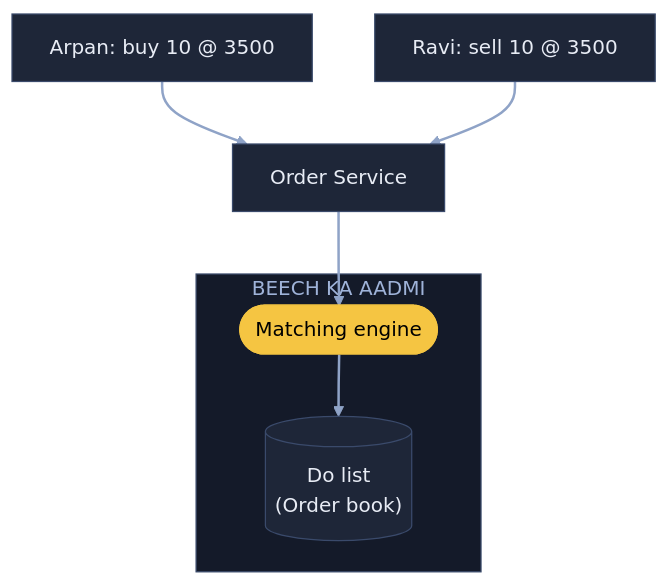
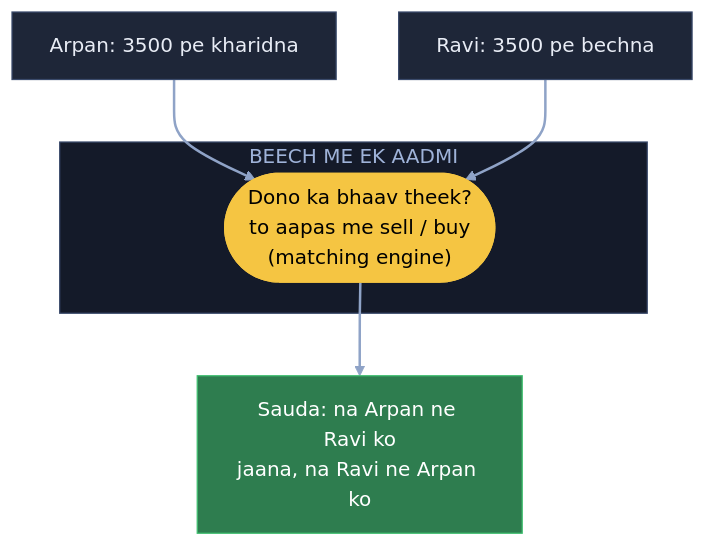
One commit to ArpanMaheshwari144/Prep changed the first of 9 diagrams in 04_HLD/SYSTEM_DESIGNS/05_stock_broker_trading/05_stock_broker_trading.md. Above: the diagram before and after it, drawn with Mermaid (base theme). The commit also changed other lines of this file, not shown here.

Commit message:
Stock: 9 diagram hand notes ke shabdon se; K8 'chhota ladka' aur K3 apni jodi line hatai

````diff
--- a/04_HLD/SYSTEM_DESIGNS/05_stock_broker_trading/05_stock_broker_trading.md
+++ b/04_HLD/SYSTEM_DESIGNS/05_stock_broker_trading/05_stock_broker_trading.md
@@ -35,20 +35,18 @@
 ```mermaid
 flowchart TB
-    A["Arpan: buy 10 @ 3500"]:::card
-    R["Ravi: sell 10 @ 3500"]:::card
-    O["Order Service"]:::card
-    subgraph BA["BEECH KA AADMI"]
-        M(["Matching engine"]):::pill
-        B[("Do list<br/>(Order book)")]:::card
+    A["Arpan: 3500 pe kharidna"]:::card
+    R["Ravi: 3500 pe bechna"]:::card
+    subgraph BA["BEECH ME EK AADMI"]
+        M(["Dono ka bhaav theek?<br/>to aapas me sell / buy<br/>(matching engine)"]):::pill
     end
-    A --> O
-    R --> O
-    O --> M
-    M --> B
+    OK["Sauda: na Arpan ne Ravi ko<br/>jaana, na Ravi ne Arpan ko"]:::good
+    A --> M
+    R --> M
+    M --> OK
     linkStyle default stroke:#8fa3c7,stroke-width:2px
     classDef card fill:#1e2638,stroke:#3a4a6b,color:#e8ecf5
     classDef pill fill:#f5c542,stroke:#f5c542,color:#000
     classDef good fill:#2e7d4f,stroke:#3fbf6f,color:#fff
     classDef bad fill:#5c1f24,stroke:#e05561,color:#fff
     style BA fill:#141a29,stroke:#3a4a6b,color:#9fb3d9
 ```
````
